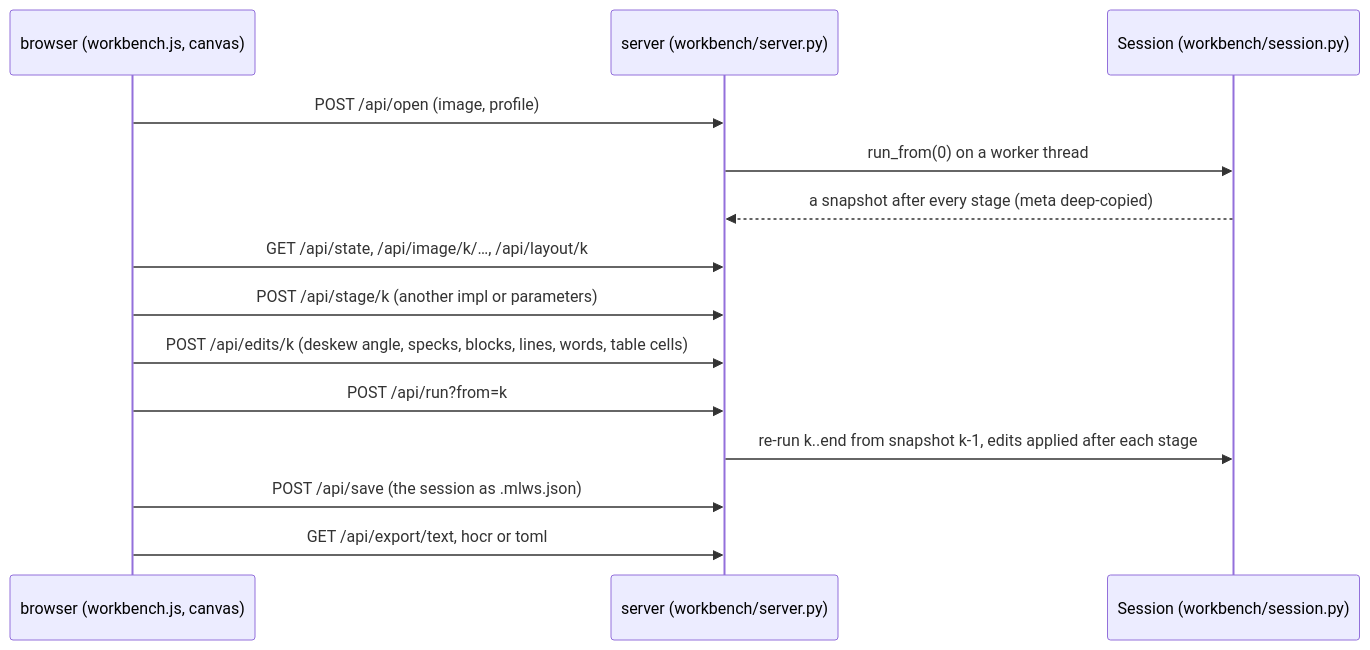
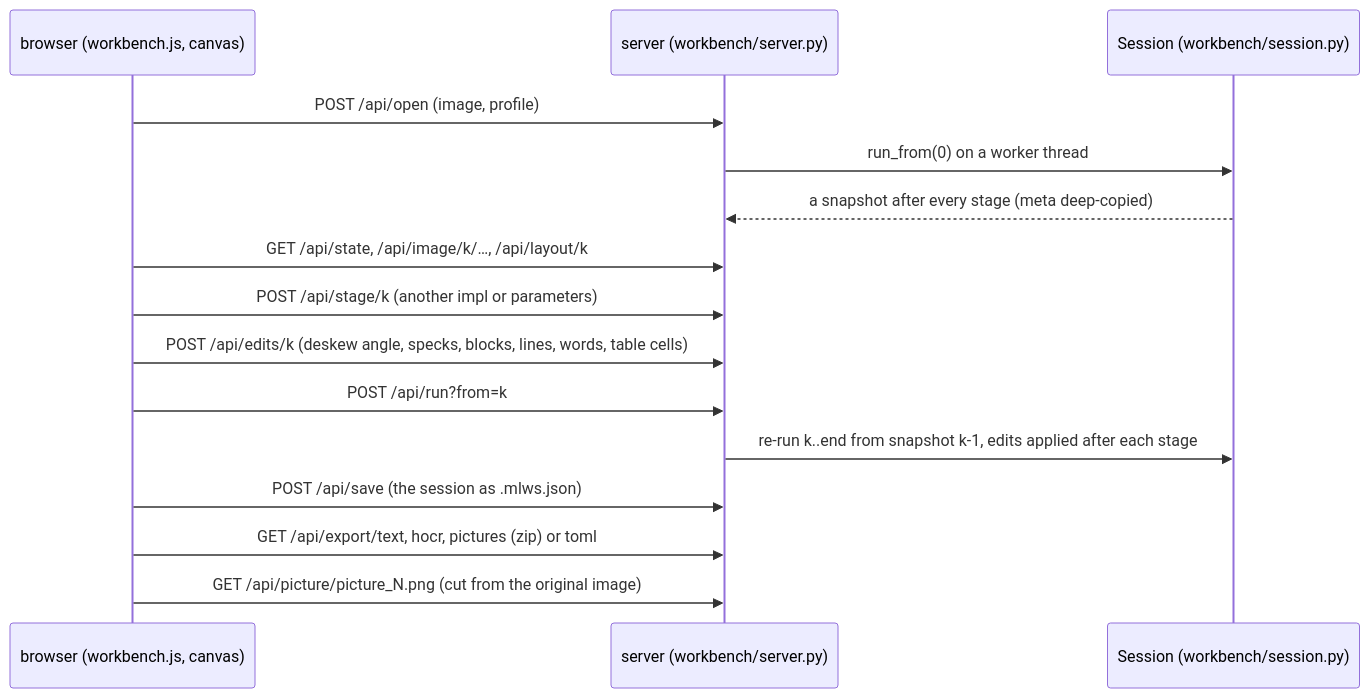
Diagram 12 of 13 in docs/ARCHITECTURE.md (msharpe248/mlws-ocr), drawn with Mermaid before and after one commit. The commit also changed other lines of this file and 10 other files, not shown here.

````diff
--- a/docs/ARCHITECTURE.md
+++ b/docs/ARCHITECTURE.md
@@ -477,16 +478,17 @@
 ```mermaid
 sequenceDiagram
     participant B as browser (workbench.js, canvas)
     participant H as server (workbench/server.py)
     participant S as Session (workbench/session.py)
     B->>H: POST /api/open (image, profile)
     H->>S: run_from(0) on a worker thread
     S-->>H: a snapshot after every stage (meta deep-copied)
     B->>H: GET /api/state, /api/image/k/…, /api/layout/k
     B->>H: POST /api/stage/k (another impl or parameters)
     B->>H: POST /api/edits/k (deskew angle, specks, blocks, lines, words, table cells)
     B->>H: POST /api/run?from=k
     H->>S: re-run k..end from snapshot k-1, edits applied after each stage
     B->>H: POST /api/save (the session as .mlws.json)
-    B->>H: GET /api/export/text, hocr or toml
+    B->>H: GET /api/export/text, hocr, pictures (zip) or toml
+    B->>H: GET /api/picture/picture_N.png (cut from the original image)
 ```
````
